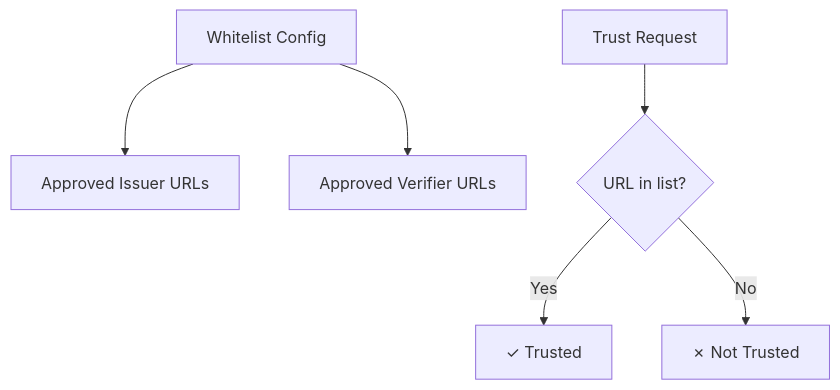
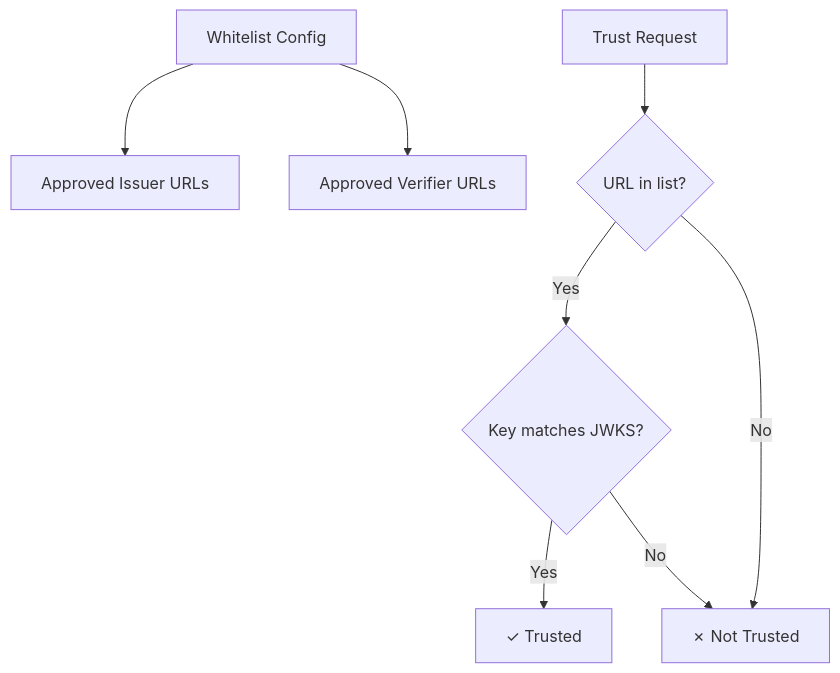
One commit to sirosfoundation/docs changed the fifth of 6 diagrams in docs/sirosid/trust/index.md. Above: the diagram before and after it, drawn with Mermaid. The commit also changed other lines of this file and 8 other files, not shown here.

````diff
--- a/docs/sirosid/trust/index.md
+++ b/docs/sirosid/trust/index.md
@@ -210,8 +210,10 @@
 ```mermaid
 graph TD
     Config[Whitelist Config] --> Issuers[Approved Issuer URLs]
     Config --> Verifiers[Approved Verifier URLs]
     Request[Trust Request] --> Check{URL in list?}
-    Check -->|Yes| Allow[✓ Trusted]
+    Check -->|Yes| KeyCheck{Key matches JWKS?}
     Check -->|No| Deny[✗ Not Trusted]
+    KeyCheck -->|Yes| Allow[✓ Trusted]
+    KeyCheck -->|No| Deny
 ```
````
